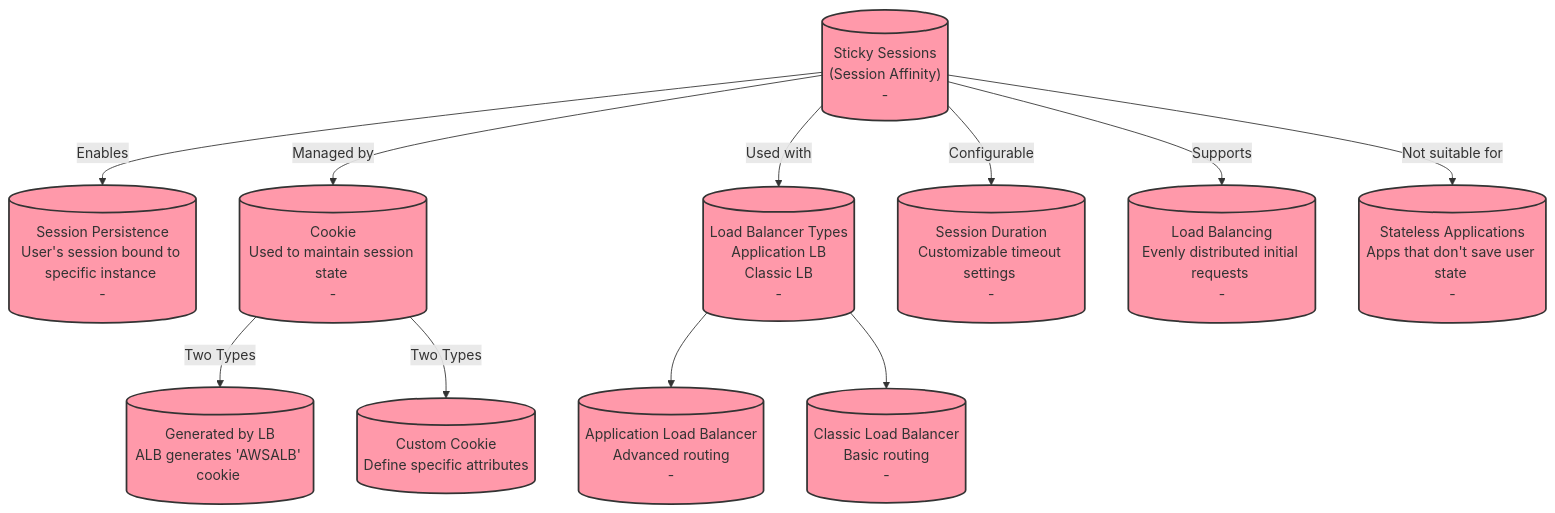
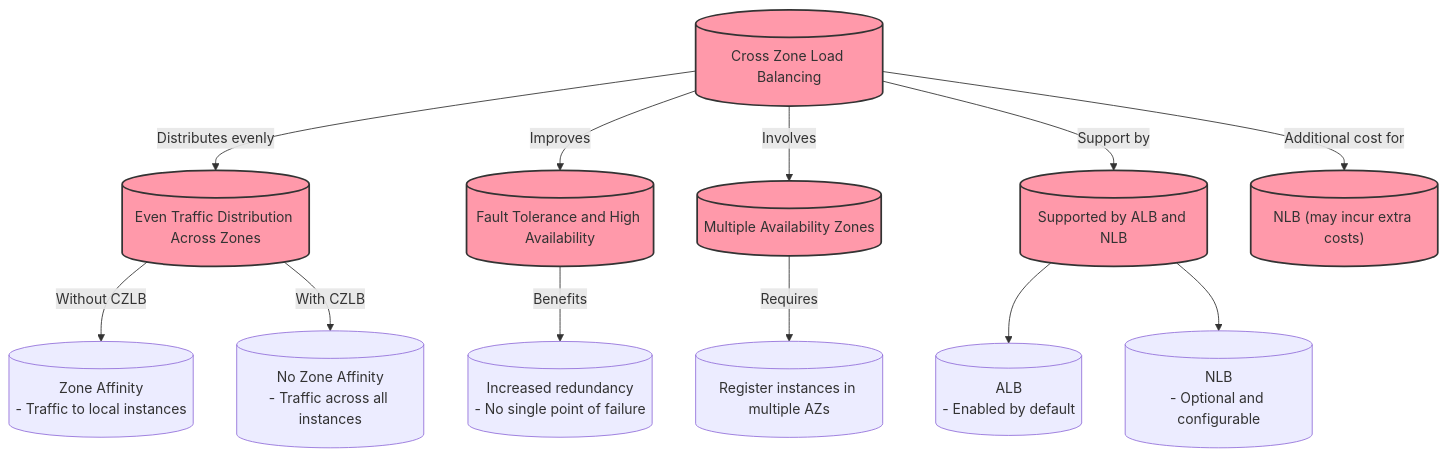
The diagram in notes/load_balancing/Cross Zone LB.md (skrradev/aws-saa-notes), drawn with Mermaid before and after one commit. The commit also changed 85 other files, not shown here.

````diff
--- a/notes/load_balancing/Cross Zone LB.md
+++ b/notes/load_balancing/Cross Zone LB.md
@@ -3,22 +3,28 @@
 ```mermaid
 graph TD;
-    SS[("Sticky Sessions\n(Session Affinity) \n-")]
-    SS -->|Enables| Persistence[("Session Persistence\nUser's session bound to specific instance \n-")]
-    SS -->|Managed by| Cookie[("Cookie\nUsed to maintain session state \n-")]
-    SS -->|Used with| LB_Types[("Load Balancer Types\nApplication LB\nClassic LB \n-")]
-    SS -->|Configurable| Duration[("Session Duration\nCustomizable timeout settings \n-")]
-    SS -->|Supports| Balancing[("Load Balancing\nEvenly distributed initial requests \n-")]
-    SS -->|Not suitable for| Stateless[("Stateless Applications\nApps that don't save user state \n-")]
+    CZLB[("Cross Zone Load Balancing")]
+    CZLB -->|Distributes evenly| TrafficDistribution[("Even Traffic Distribution Across Zones")]
+    CZLB -->|Improves| FaultTolerance[("Fault Tolerance and High Availability")]
+    CZLB -->|Involves| MultipleAZs[("Multiple Availability Zones")]
+    CZLB -->|Support by| ALB_NLB[("Supported by ALB and NLB")]
+    CZLB -->|Additional cost for| NLB_Cost[("NLB (may incur extra costs)")]
 
-    Cookie -->|Two Types| CookieGenerated[("Generated by LB\nALB generates 'AWSALB' cookie \n")]
-    Cookie -->|Two Types| CustomCookie[("Custom Cookie\nDefine specific attributes \n")]
+    TrafficDistribution -->|Without CZLB| ZoneAffinity[("Zone Affinity\n- Traffic to local instances")]
+    TrafficDistribution -->|With CZLB| NoZoneAffinity[("No Zone Affinity\n- Traffic across all instances")]
 
-    LB_Types --> ALB[("Application Load Balancer\nAdvanced routing \n-")]
-    LB_Types --> CLB[("Classic Load Balancer\nBasic routing \n-")]
+    FaultTolerance -->|Benefits| FT_Benefits[("Increased redundancy\n- No single point of failure")]
 
-    classDef important fill:#f9a,stroke:#333,stroke-width:2px;
-    class SS,Persistence,Cookie,LB_Types,Duration,Balancing,Stateless,CookieGenerated,CustomCookie,ALB,CLB important;
+    MultipleAZs -->|Requires| AZ_Registration[("Register instances in multiple AZs")]
 
+    ALB_NLB --> ALB[("ALB\n- Enabled by default")]
+    ALB_NLB --> NLB[("NLB\n- Optional and configurable")]
+
+    style CZLB fill:#f9a,stroke:#333,stroke-width:2px,shape:rectangle
+    style TrafficDistribution fill:#f9a,stroke:#333,stroke-width:2px,shape:rectangle
+    style FaultTolerance fill:#f9a,stroke:#333,stroke-width:2px,shape:rectangle
+    style MultipleAZs fill:#f9a,stroke:#333,stroke-width:2px,shape:rectangle
+    style ALB_NLB fill:#f9a,stroke:#333,stroke-width:2px,shape:rectangle
+    style NLB_Cost fill:#f9a,stroke:#333,stroke-width:2px,shape:rectangle
 
 
 ```
````
